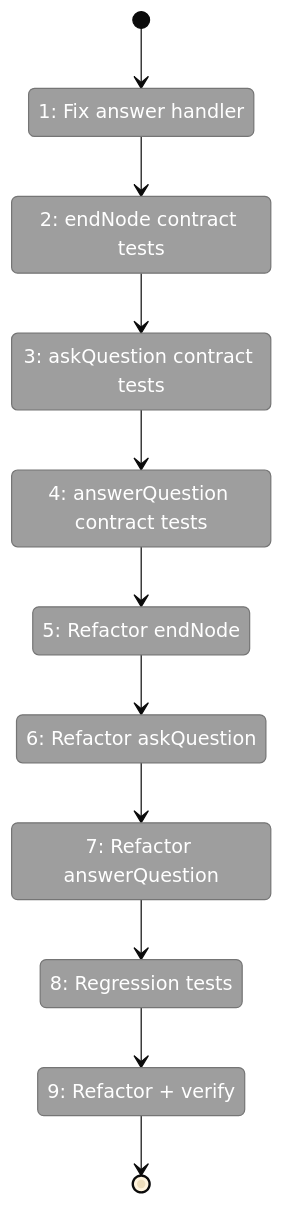
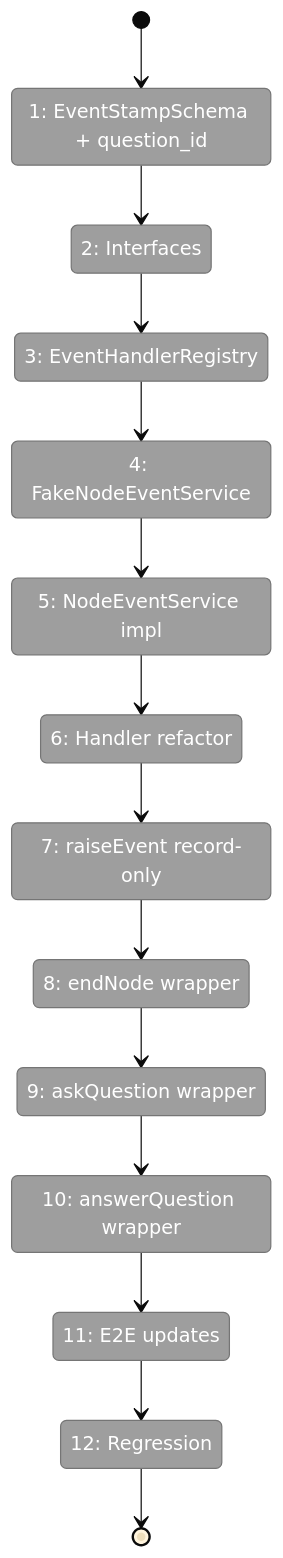
Before and after one commit to AI-Substrate/chainglass: the first of 2 diagrams in docs/plans/032-node-event-system/tasks/phase-5-service-method-wrappers/tasks.fltplan.md, drawn with Mermaid (base theme). The commit also changed other lines of this file and 3 other files, not shown here.

````diff
--- a/docs/plans/032-node-event-system/tasks/phase-5-service-method-wrappers/tasks.fltplan.md
+++ b/docs/plans/032-node-event-system/tasks/phase-5-service-method-wrappers/tasks.fltplan.md
@@ -22,30 +22,36 @@
 ```mermaid
 stateDiagram-v2
     classDef pending fill:#9E9E9E,stroke:#757575,color:#fff
     classDef active fill:#FFC107,stroke:#FFA000,color:#000
     classDef done fill:#4CAF50,stroke:#388E3C,color:#fff
     classDef blocked fill:#F44336,stroke:#D32F2F,color:#fff
 
-    state "1: Fix answer handler" as S1
-    state "2: endNode contract tests" as S2
-    state "3: askQuestion contract tests" as S3
-    state "4: answerQuestion contract tests" as S4
-    state "5: Refactor endNode" as S5
-    state "6: Refactor askQuestion" as S6
-    state "7: Refactor answerQuestion" as S7
-    state "8: Regression tests" as S8
-    state "9: Refactor + verify" as S9
+    state "1: EventStampSchema + question_id" as S1
+    state "2: Interfaces" as S2
+    state "3: EventHandlerRegistry" as S3
+    state "4: FakeNodeEventService" as S4
+    state "5: NodeEventService impl" as S5
+    state "6: Handler refactor" as S6
+    state "7: raiseEvent record-only" as S7
+    state "8: endNode wrapper" as S8
+    state "9: askQuestion wrapper" as S9
+    state "10: answerQuestion wrapper" as S10
+    state "11: E2E updates" as S11
+    state "12: Regression" as S12
 
     [*] --> S1
     S1 --> S2
     S2 --> S3
     S3 --> S4
     S4 --> S5
     S5 --> S6
     S6 --> S7
     S7 --> S8
     S8 --> S9
-    S9 --> [*]
+    S9 --> S10
+    S10 --> S11
+    S11 --> S12
+    S12 --> [*]
 
-    class S1,S2,S3,S4,S5,S6,S7,S8,S9 pending
+    class S1,S2,S3,S4,S5,S6,S7,S8,S9,S10,S11,S12 pending
 ```
````
